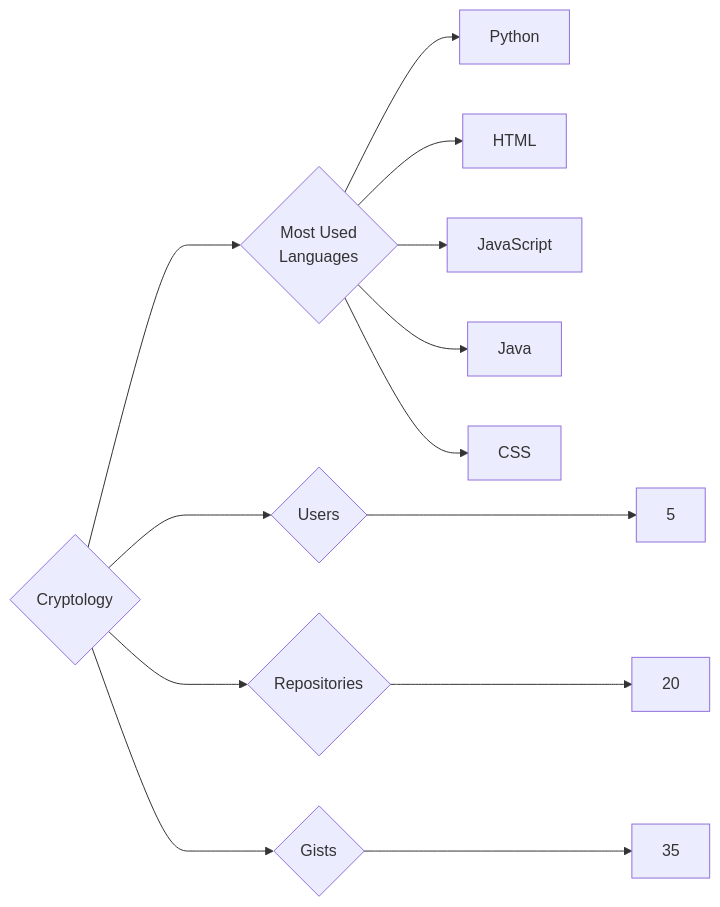
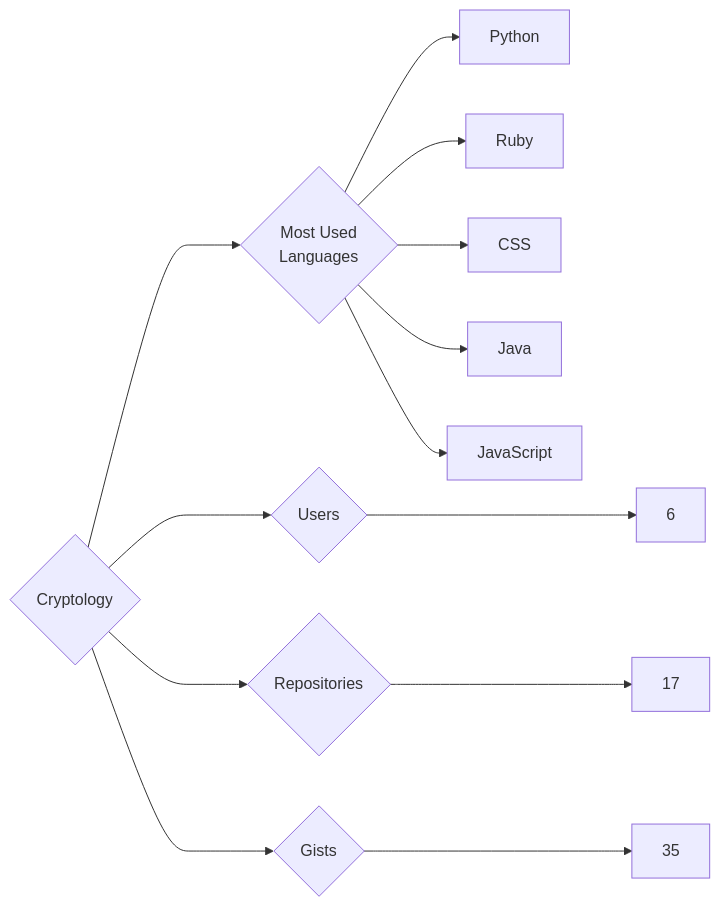
One commit to trickest/insiders changed the diagram in targets/Cryptology/README.md. Above: the diagram before and after it, drawn with Mermaid. The commit also changed 1123 other files, not shown here.

````diff
--- a/targets/Cryptology/README.md
+++ b/targets/Cryptology/README.md
@@ -3,13 +3,13 @@
 ```mermaid
 graph LR
 COMPANY_NAME{Cryptology}
-COMPANY_NAME ---> U{Users} ---> UN[5]
-COMPANY_NAME ---> R{Repositories} ---> RN[20]
+COMPANY_NAME ---> U{Users} ---> UN[6]
+COMPANY_NAME ---> R{Repositories} ---> RN[17]
 COMPANY_NAME ---> G{Gists} ---> GN[35]
 COMPANY_NAME ---> ML{Most Used<br>Languages}
 ML --> Python[Python]
-ML --> HTML[HTML]
+ML --> Ruby[Ruby]
+ML --> CSS[CSS]
+ML --> Java[Java]
 ML --> JavaScript[JavaScript]
-ML --> Java[Java]
-ML --> CSS[CSS]
 ```
````
